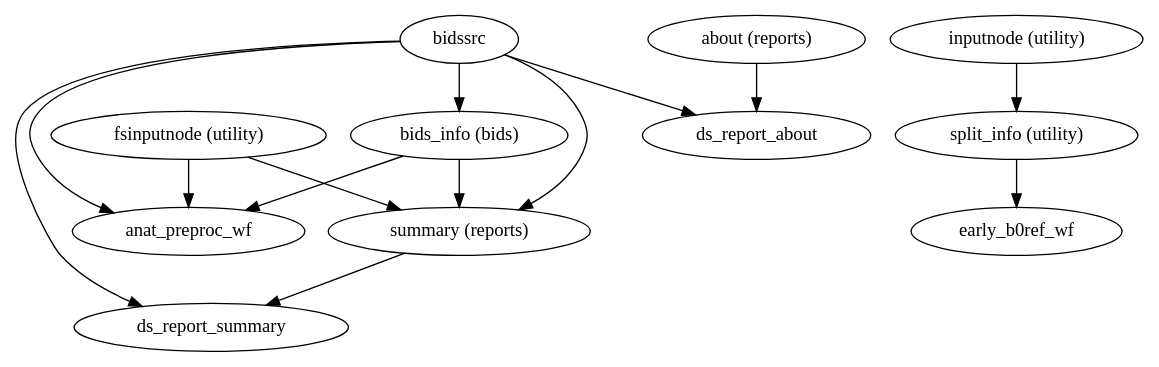
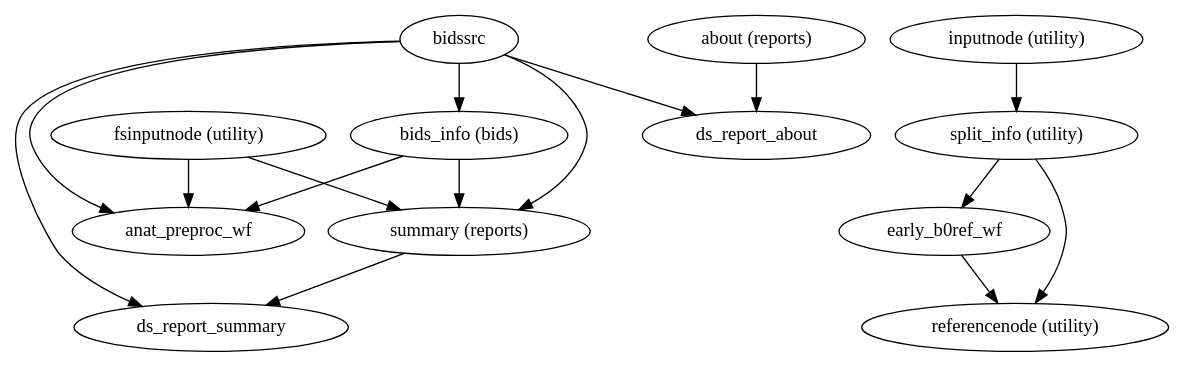
The diagram in wf_directive/api/single_subject_THP0005_wf/dmriprep-workflows-base-2.dot (nipreps/dmriprep), drawn with Graphviz before and after one commit. The commit also changed 252 other files, not shown here.

```diff
--- a/wf_directive/api/single_subject_THP0005_wf/dmriprep-workflows-base-2.dot
+++ b/wf_directive/api/single_subject_THP0005_wf/dmriprep-workflows-base-2.dot
@@ -1,26 +1,29 @@
 strict digraph  {
 "fsinputnode (utility)";
 anat_preproc_wf;
 "summary (reports)";
 bidssrc;
 "bids_info (bids)";
 ds_report_summary;
 ds_report_about;
 "about (reports)";
 "inputnode (utility)";
 "split_info (utility)";
 early_b0ref_wf;
+"referencenode (utility)";
 "fsinputnode (utility)" -> anat_preproc_wf;
 "fsinputnode (utility)" -> "summary (reports)";
 "summary (reports)" -> ds_report_summary;
 bidssrc -> "bids_info (bids)";
 bidssrc -> "summary (reports)";
 bidssrc -> anat_preproc_wf;
 bidssrc -> ds_report_summary;
 bidssrc -> ds_report_about;
 "bids_info (bids)" -> "summary (reports)";
 "bids_info (bids)" -> anat_preproc_wf;
 "about (reports)" -> ds_report_about;
 "inputnode (utility)" -> "split_info (utility)";
 "split_info (utility)" -> early_b0ref_wf;
+"split_info (utility)" -> "referencenode (utility)";
+early_b0ref_wf -> "referencenode (utility)";
 }
```
